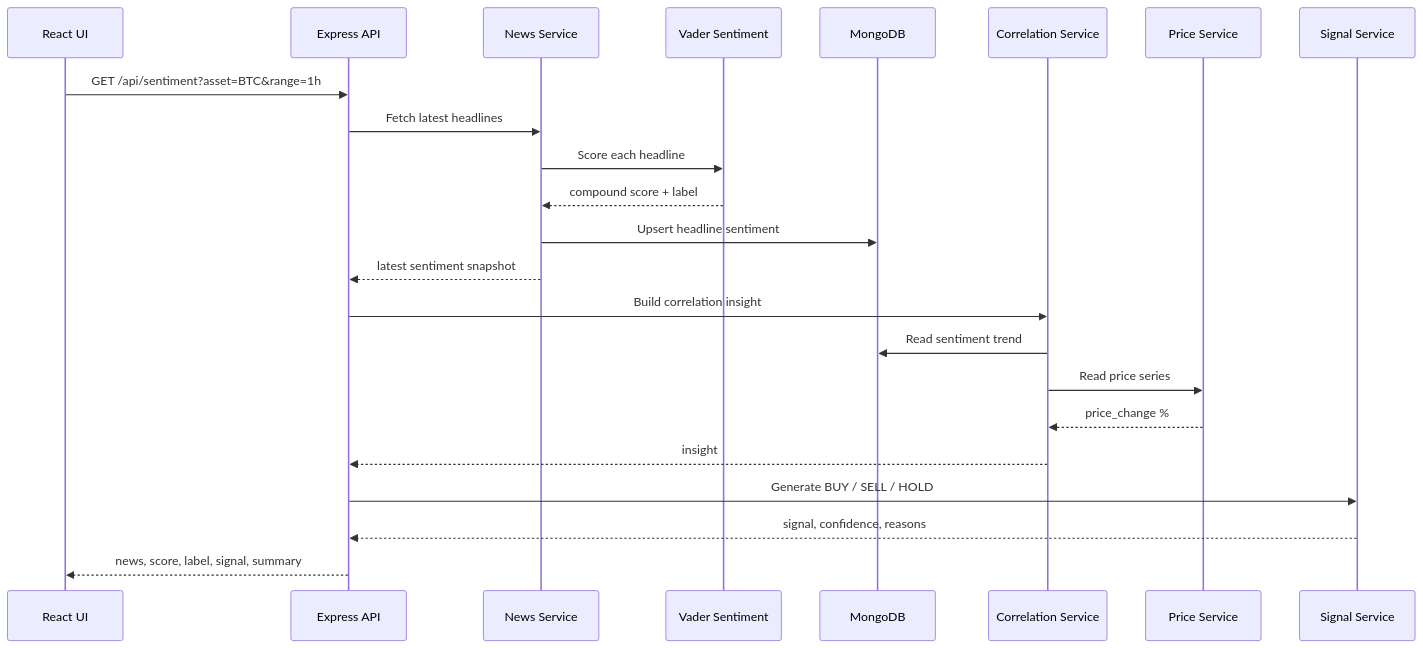
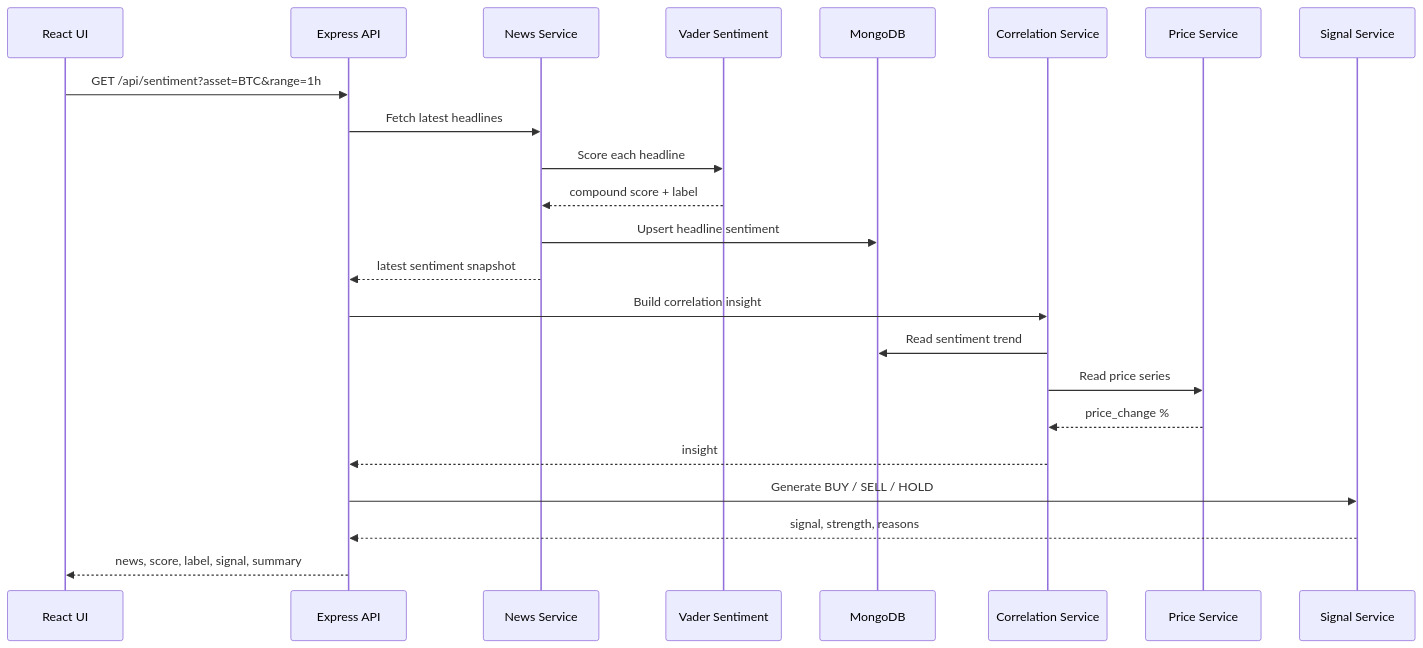
The second of 6 diagrams in README.md (Rudra-Singhal/Sentitrade), drawn with Mermaid before and after one commit. The commit also changed other lines of this file and 10 other files, not shown here.

````diff
--- a/README.md
+++ b/README.md
@@ -128,26 +142,26 @@
 ```mermaid
 sequenceDiagram
   participant UI as React UI
   participant API as Express API
   participant News as News Service
   participant Vader as Vader Sentiment
   participant DB as MongoDB
   participant Corr as Correlation Service
   participant Price as Price Service
   participant Signal as Signal Service
 
   UI->>API: GET /api/sentiment?asset=BTC&range=1h
   API->>News: Fetch latest headlines
   News->>Vader: Score each headline
   Vader-->>News: compound score + label
   News->>DB: Upsert headline sentiment
   News-->>API: latest sentiment snapshot
   API->>Corr: Build correlation insight
   Corr->>DB: Read sentiment trend
   Corr->>Price: Read price series
   Price-->>Corr: price_change %
   Corr-->>API: insight
   API->>Signal: Generate BUY / SELL / HOLD
-  Signal-->>API: signal, confidence, reasons
+  Signal-->>API: signal, strength, reasons
   API-->>UI: news, score, label, signal, summary
 ```
````
